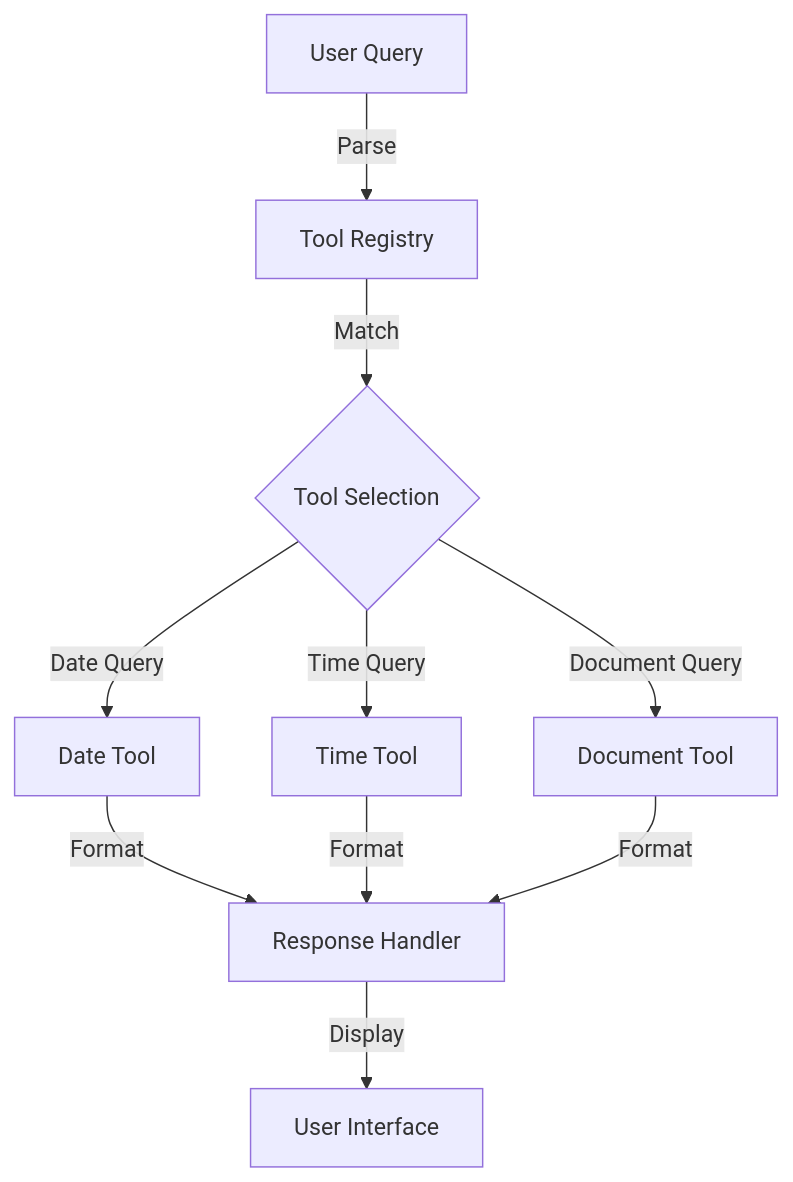
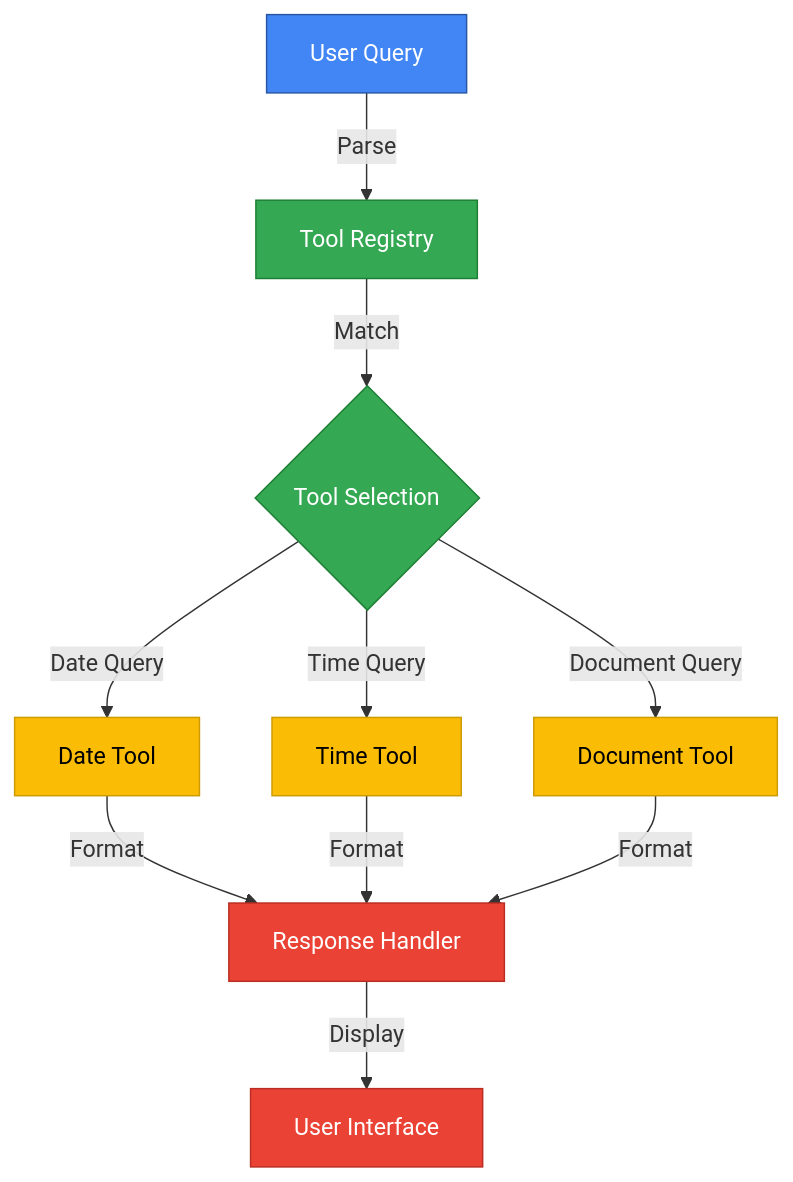
The fourth of 4 diagrams in README.md (khaosans/basic-chat), drawn with Mermaid before and after one commit. The commit also changed other lines of this file, not shown here.

First line of the commit message:
docs: update README with enhanced diagrams and descriptions

````diff
--- a/README.md
+++ b/README.md
@@ -50,12 +111,24 @@
 ```mermaid
 graph TD
-    A[User Query] -->|Parse| B[Tool Registry]
-    B -->|Match| C{Tool Selection}
-    C -->|Date Query| D[Date Tool]
-    C -->|Time Query| E[Time Tool]
-    C -->|Document Query| F[Document Tool]
-    D -->|Format| G[Response Handler]
+    %% Color definitions
+    classDef input fill:#4285f4,stroke:#2956a3,color:white
+    classDef process fill:#34a853,stroke:#1e7e34,color:white
+    classDef tool fill:#fbbc05,stroke:#cc9a04,color:black
+    classDef output fill:#ea4335,stroke:#b92d22,color:white
+
+    A[User Query]:::input -->|Parse| B[Tool Registry]:::process
+    B -->|Match| C{Tool Selection}:::process
+    C -->|Date Query| D[Date Tool]:::tool
+    C -->|Time Query| E[Time Tool]:::tool
+    C -->|Document Query| F[Document Tool]:::tool
+    D -->|Format| G[Response Handler]:::output
     E -->|Format| G
     F -->|Format| G
-    G -->|Display| H[User Interface]
+    G -->|Display| H[User Interface]:::output
+
+    %% Tooltips
+    click D "Handles date-related operations"
+    click E "Manages timezone conversions"
+    click F "Processes document operations"
+    click G "Formats tool outputs"
 ```
````
